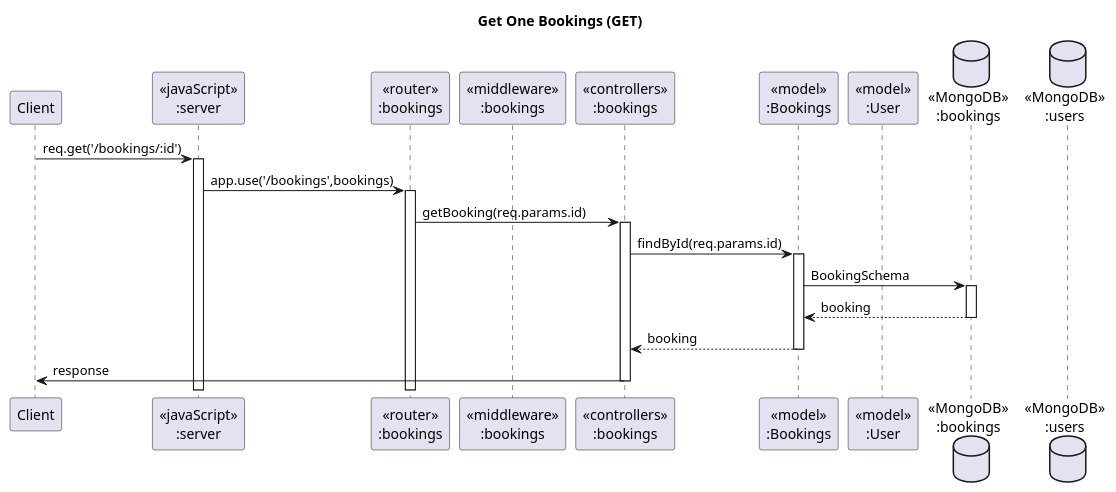
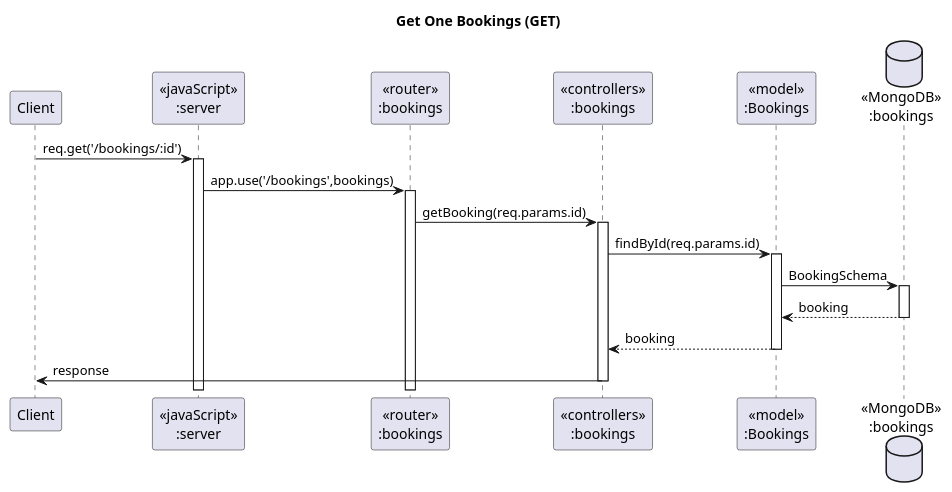
One commit to podesport/SWPrac-proj changed the diagram in plant_uml/sequenceDiagrams/bookings/getBooking.puml. Above: the diagram before and after it, drawn with PlantUML. The commit also changed 4 other files, not shown here.

```diff
--- a/plant_uml/sequenceDiagrams/bookings/getBooking.puml
+++ b/plant_uml/sequenceDiagrams/bookings/getBooking.puml
@@ -1,25 +1,25 @@
 @startuml Get One Bookings
 
 ' header Hotel Registration Sequence Diagram
 title "Get One Bookings (GET)"
 
 participant "Client" as client
 participant "<<javaScript>>\n:server" as server
 participant "<<router>>\n:bookings" as routerBookings
-participant "<<middleware>>\n:bookings" as middlewareAuth
+' participant "<<middleware>>\n:bookings" as middlewareAuth
 participant "<<controllers>>\n:bookings" as controllersBooking
 participant "<<model>>\n:Bookings" as modelBooking
-participant "<<model>>\n:User" as modelUser
+' participant "<<model>>\n:User" as modelUser
 database "<<MongoDB>>\n:bookings" as BookingDatabase
-database "<<MongoDB>>\n:users" as UserDatabase
+' database "<<MongoDB>>\n:users" as UserDatabase
 
 client->server ++:req.get('/bookings/:id')
 server->routerBookings ++:app.use('/bookings',bookings)
 routerBookings -> controllersBooking ++:getBooking(req.params.id)
 controllersBooking->modelBooking ++: findById(req.params.id)
 modelBooking ->BookingDatabase ++: BookingSchema
 BookingDatabase --> modelBooking --: booking
 controllersBooking <-- modelBooking --: booking
 controllersBooking->client --:response
 
 @enduml
```
